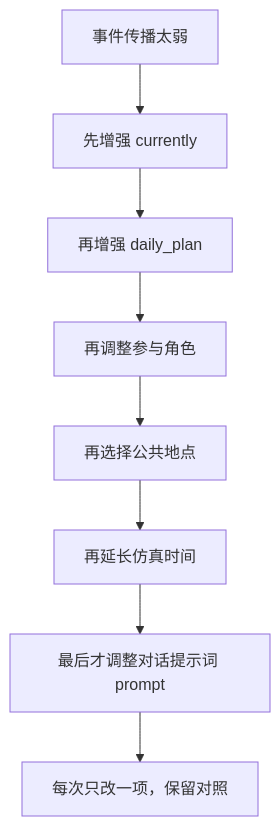
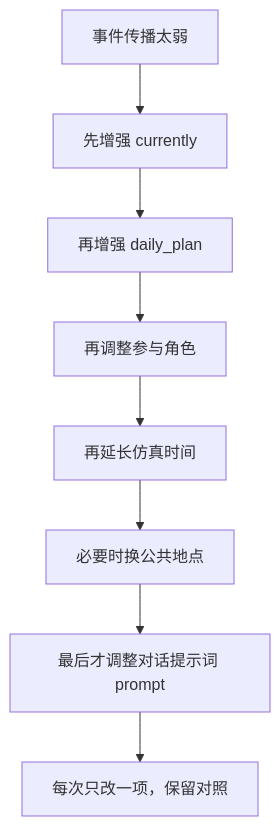
Before and after one commit to tbkken/GenerativeAgentsCN: the third of 3 diagrams in docs/book/manuscript/part_04/chapter_26.md, drawn with Mermaid. The commit also changed other lines of this file and 24 other files, not shown here.

````diff
--- a/docs/book/manuscript/part_04/chapter_26.md
+++ b/docs/book/manuscript/part_04/chapter_26.md
@@ -375,10 +554,10 @@
 ```mermaid
 flowchart TD
     Weak["事件传播太弱"] --> Current["先增强 currently"]
     Current --> Daily["再增强 daily_plan"]
     Daily --> Agents["再调整参与角色"]
-    Agents --> Place["再选择公共地点"]
-    Place --> Time["再延长仿真时间"]
-    Time --> Prompt["最后才调整对话提示词 prompt"]
+    Agents --> Time["再延长仿真时间"]
+    Time --> Place["必要时换公共地点"]
+    Place --> Prompt["最后才调整对话提示词 prompt"]
     Prompt --> Compare["每次只改一项，保留对照"]
 ```
````
